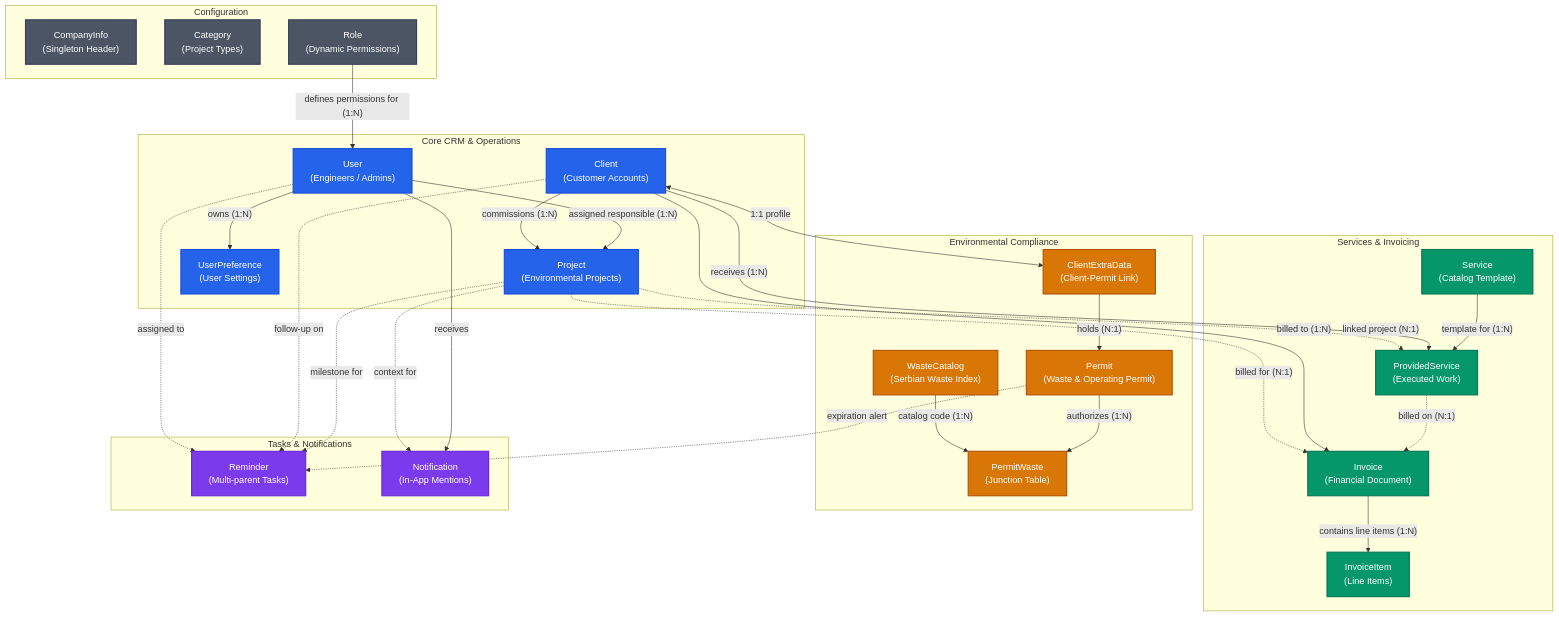
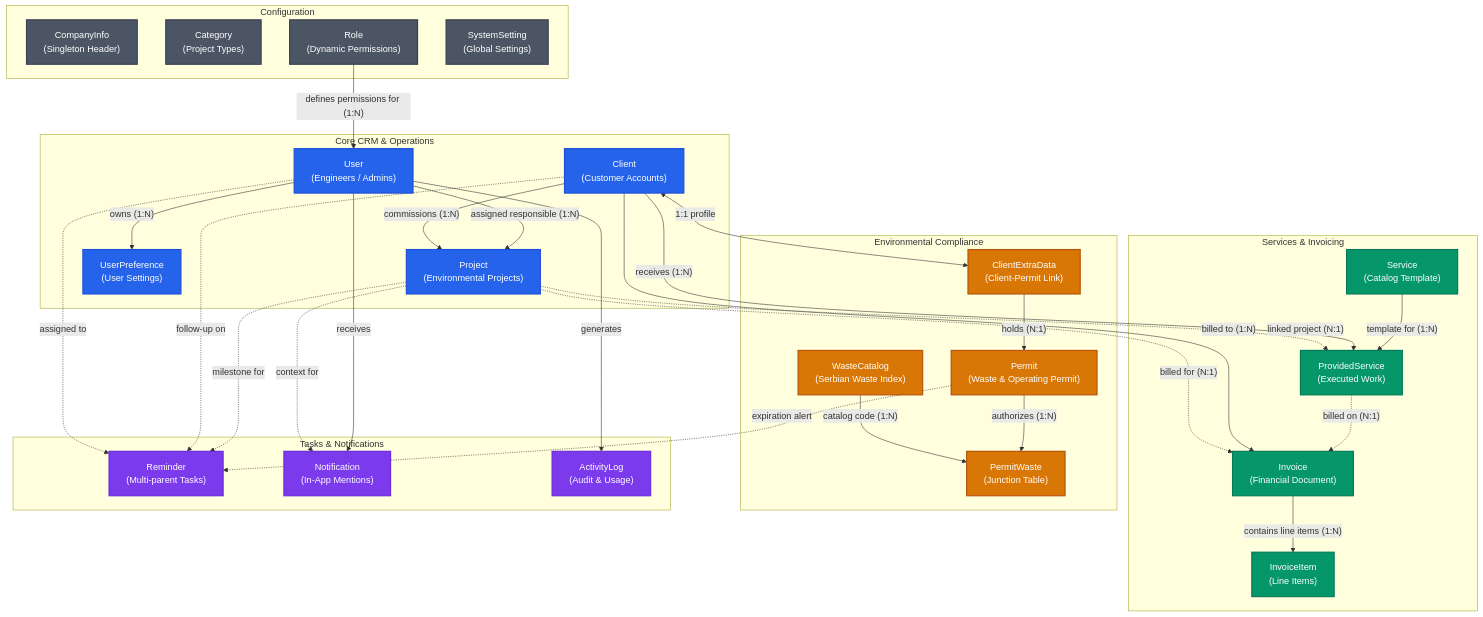
The first of 2 diagrams in docs/DATA_RELATIONSHIP_MODEL.md (zigikralj/EGG_admin_server), drawn with Mermaid before and after one commit. The commit also changed other lines of this file and 15 other files, not shown here.

Commit message:
feat: add activity logging and system settings models, routes, and middleware

````diff
--- a/docs/DATA_RELATIONSHIP_MODEL.md
+++ b/docs/DATA_RELATIONSHIP_MODEL.md
@@ -55,65 +55,68 @@
 ```mermaid
 flowchart TD
     classDef crm fill:#2563eb,stroke:#1d4ed8,color:#ffffff,stroke-width:2px;
     classDef billing fill:#059669,stroke:#047857,color:#ffffff,stroke-width:2px;
     classDef env fill:#d97706,stroke:#b45309,color:#ffffff,stroke-width:2px;
     classDef workflow fill:#7c3aed,stroke:#6d28d9,color:#ffffff,stroke-width:2px;
     classDef config fill:#4b5563,stroke:#374151,color:#ffffff,stroke-width:2px;
 
     subgraph CRM ["Core CRM & Operations"]
         User["User<br/>(Engineers / Admins)"]:::crm
         Client["Client<br/>(Customer Accounts)"]:::crm
         Project["Project<br/>(Environmental Projects)"]:::crm
         UserPref["UserPreference<br/>(User Settings)"]:::crm
     end
 
     subgraph Billing ["Services & Invoicing"]
         Service["Service<br/>(Catalog Template)"]:::billing
         ProvidedService["ProvidedService<br/>(Executed Work)"]:::billing
         Invoice["Invoice<br/>(Financial Document)"]:::billing
         InvoiceItem["InvoiceItem<br/>(Line Items)"]:::billing
     end
 
     subgraph Environmental ["Environmental Compliance"]
         Permit["Permit<br/>(Waste & Operating Permit)"]:::env
         ClientExtra["ClientExtraData<br/>(Client-Permit Link)"]:::env
         PermitWaste["PermitWaste<br/>(Junction Table)"]:::env
         WasteCatalog["WasteCatalog<br/>(Serbian Waste Index)"]:::env
     end
 
     subgraph Workflow ["Tasks & Notifications"]
         Reminder["Reminder<br/>(Multi-parent Tasks)"]:::workflow
         Notification["Notification<br/>(In-App Mentions)"]:::workflow
+        ActivityLog["ActivityLog<br/>(Audit & Usage)"]:::workflow
     end
 
     subgraph Config ["Configuration"]
         CompanyInfo["CompanyInfo<br/>(Singleton Header)"]:::config
         Category["Category<br/>(Project Types)"]:::config
         Role["Role<br/>(Dynamic Permissions)"]:::config
+        SystemSetting["SystemSetting<br/>(Global Settings)"]:::config
     end
 
     Role -->|"defines permissions for (1:N)"| User
     User -->|"owns (1:N)"| UserPref
     User -->|"assigned responsible (1:N)"| Project
     Client -->|"commissions (1:N)"| Project
 
     Client <-->|"1:1 profile"| ClientExtra
     ClientExtra -->|"holds (N:1)"| Permit
     Permit -->|"authorizes (1:N)"| PermitWaste
     WasteCatalog -->|"catalog code (1:N)"| PermitWaste
 
     Service -->|"template for (1:N)"| ProvidedService
     Client -->|"receives (1:N)"| ProvidedService
     Project -.->|"linked project (N:1)"| ProvidedService
     ProvidedService -.->|"billed on (N:1)"| Invoice
     Client -->|"billed to (1:N)"| Invoice
     Project -.->|"billed for (N:1)"| Invoice
     Invoice -->|"contains line items (1:N)"| InvoiceItem
 
     User -->|"receives"| Notification
+    User -->|"generates"| ActivityLog
     Project -.->|"context for"| Notification
     Project -.->|"milestone for"| Reminder
     Client -.->|"follow-up on"| Reminder
     User -.->|"assigned to"| Reminder
     Permit -.->|"expiration alert"| Reminder
 ```
````
